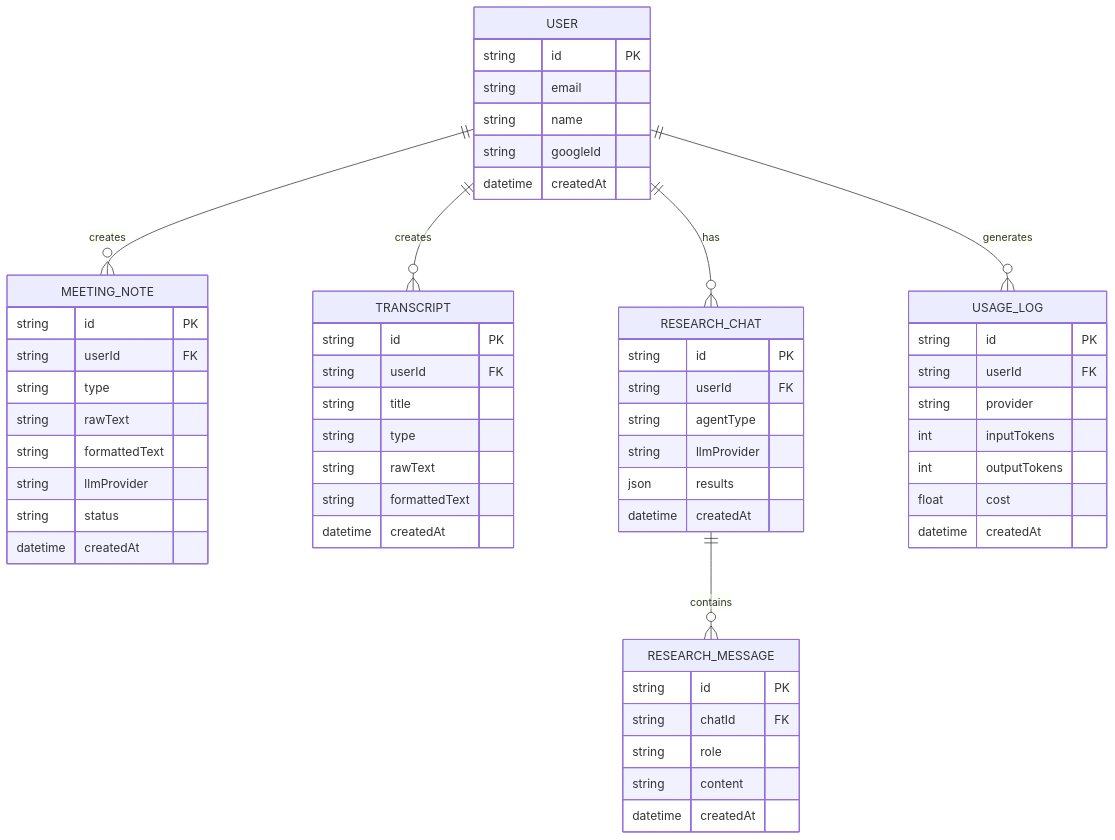
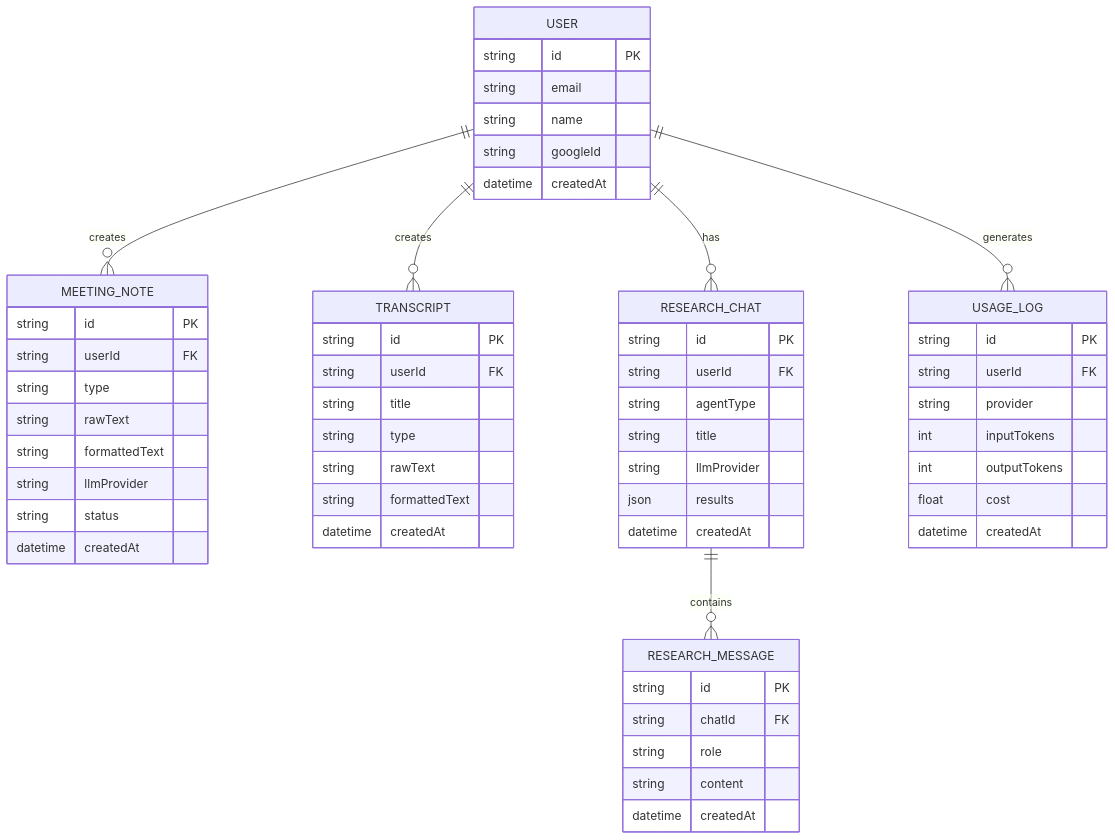
One commit to langcore-org/united-productions-web changed the diagram in docs/specs/api-integration/database-schema.md. Above: the diagram before and after it, drawn with Mermaid. The commit also changed other lines of this file and 2 other files, not shown here.

````diff
--- a/docs/specs/api-integration/database-schema.md
+++ b/docs/specs/api-integration/database-schema.md
@@ -16,64 +16,65 @@
 ```mermaid
 erDiagram
     USER ||--o{ MEETING_NOTE : creates
     USER ||--o{ TRANSCRIPT : creates
     USER ||--o{ RESEARCH_CHAT : has
     USER ||--o{ USAGE_LOG : generates
     RESEARCH_CHAT ||--o{ RESEARCH_MESSAGE : contains
     
     USER {
         string id PK
         string email
         string name
         string googleId
         datetime createdAt
     }
     
     MEETING_NOTE {
         string id PK
         string userId FK
         string type
         string rawText
         string formattedText
         string llmProvider
         string status
         datetime createdAt
     }
     
     TRANSCRIPT {
         string id PK
         string userId FK
         string title
         string type
         string rawText
         string formattedText
         datetime createdAt
     }
     
     RESEARCH_CHAT {
         string id PK
         string userId FK
         string agentType
+        string title
         string llmProvider
         json results
         datetime createdAt
     }
     
     RESEARCH_MESSAGE {
         string id PK
         string chatId FK
         string role
         string content
         datetime createdAt
     }
     
     USAGE_LOG {
         string id PK
         string userId FK
         string provider
         int inputTokens
         int outputTokens
         float cost
         datetime createdAt
     }
 ```
````
